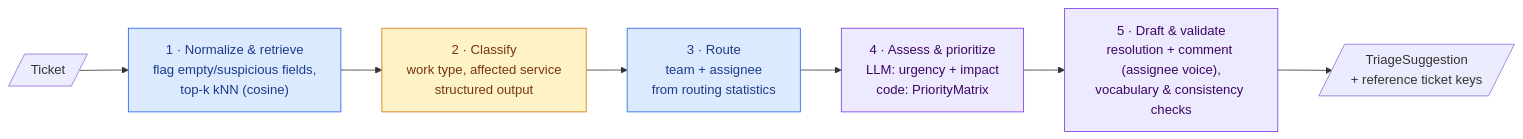
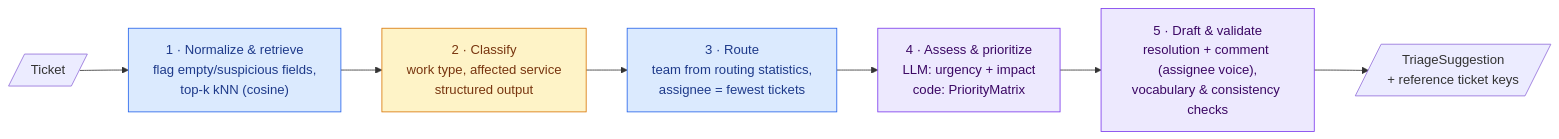
Before and after one commit to githubfawu/TriAIge: the fourth of 8 diagrams in docs/architecture.md, drawn with Mermaid. The commit also changed other lines of this file and 28 other files, not shown here.

````diff
--- a/docs/architecture.md
+++ b/docs/architecture.md
@@ -97,19 +97,19 @@
 ```mermaid
 flowchart LR
     t[/Ticket/] --> s1
     s1["1 · Normalize & retrieve<br/>flag empty/suspicious fields,<br/>top-k kNN (cosine)"]
     s2["2 · Classify<br/>work type, affected service<br/>structured output"]
-    s3["3 · Route<br/>team + assignee<br/>from routing statistics"]
+    s3["3 · Route<br/>team from routing statistics,<br/>assignee = fewest tickets"]
     s4["4 · Assess & prioritize<br/>LLM: urgency + impact<br/>code: PriorityMatrix"]
     s5["5 · Draft & validate<br/>resolution + comment (assignee voice),<br/>vocabulary & consistency checks"]
     out[/TriageSuggestion<br/>+ reference ticket keys/]
 
     s1 --> s2 --> s3 --> s4 --> s5 --> out
 
     classDef det fill:#dbeafe,stroke:#2563eb,color:#1e3a8a
     classDef llm fill:#fef3c7,stroke:#d97706,color:#78350f
     classDef mixed fill:#ede9fe,stroke:#7c3aed,color:#3b0764
     class s1,s3 det
     class s2 llm
     class s4,s5 mixed
 ```
````
